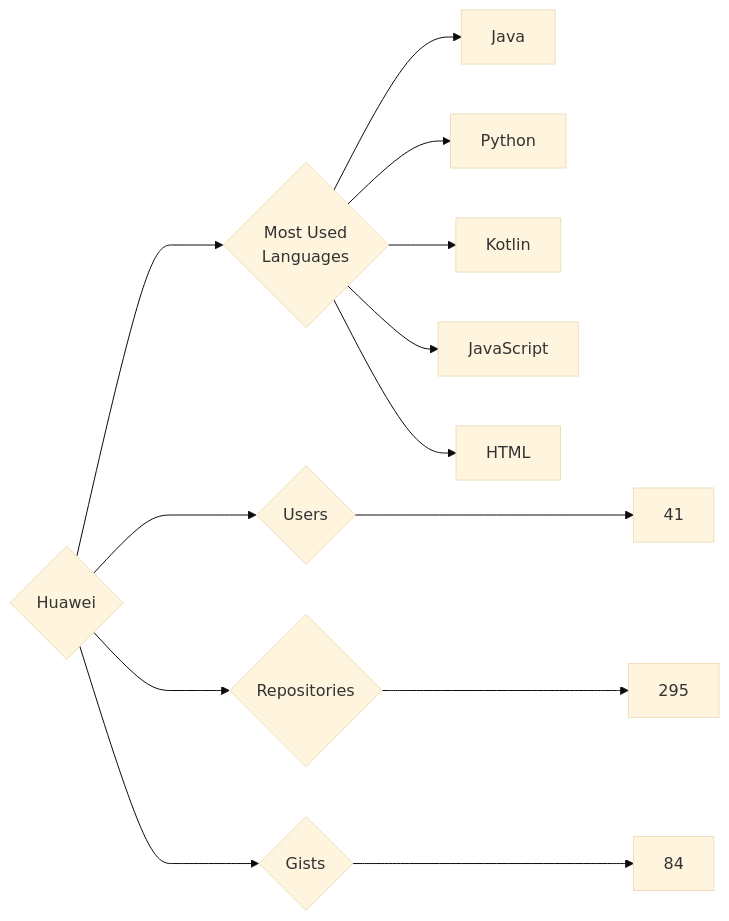
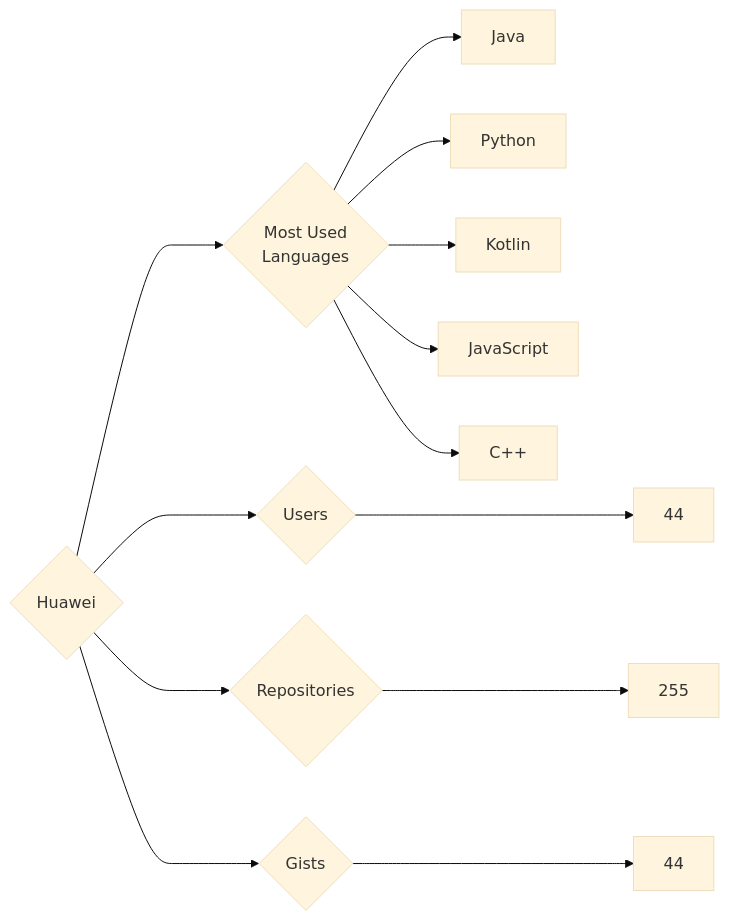
Before and after one commit to trickest/insiders: the diagram in targets/Huawei/README.md, drawn with Mermaid (base theme). The commit also changed 951 other files, not shown here.

````diff
--- a/targets/Huawei/README.md
+++ b/targets/Huawei/README.md
@@ -3,13 +3,13 @@
 ```mermaid
 graph LR
 COMPANY_NAME{Huawei}
-COMPANY_NAME ---> U{Users} ---> UN[41]
-COMPANY_NAME ---> R{Repositories} ---> RN[295]
-COMPANY_NAME ---> G{Gists} ---> GN[84]
+COMPANY_NAME ---> U{Users} ---> UN[44]
+COMPANY_NAME ---> R{Repositories} ---> RN[255]
+COMPANY_NAME ---> G{Gists} ---> GN[44]
 COMPANY_NAME ---> ML{Most Used<br>Languages}
-ML --> Java
-ML --> Python
-ML --> Kotlin
-ML --> JavaScript
-ML --> HTML
+ML --> Java[Java]
+ML --> Python[Python]
+ML --> Kotlin[Kotlin]
+ML --> JavaScript[JavaScript]
+ML --> C++[C++]
 ```
````
